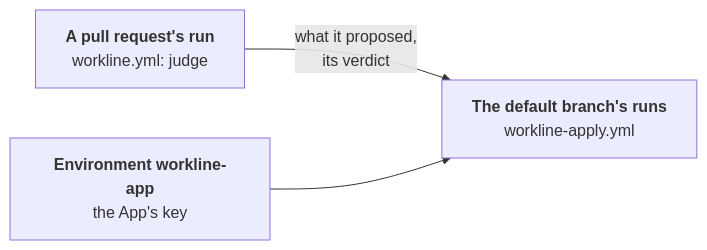
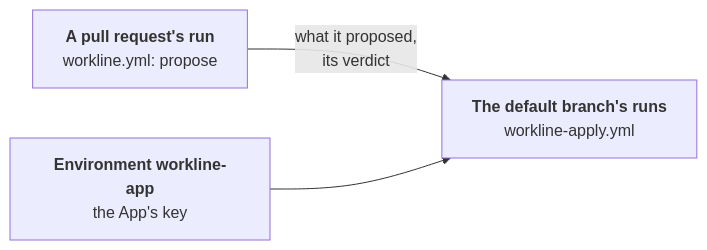
Before and after one commit to JN0V/workline: the diagram in docs/ci-github-app.md, drawn with Mermaid. The commit also changed other lines of this file and 89 other files, not shown here.

First line of the commit message:
ci!: the job that runs the line is propose, paired with apply

````diff
--- a/docs/ci-github-app.md
+++ b/docs/ci-github-app.md
@@ -27,5 +27,5 @@
 ```mermaid
 flowchart LR
-  pr["<b>A pull request's run</b><br/>workline.yml: judge"] -- "what it proposed,<br/>its verdict" --> base["<b>The default branch's runs</b><br/>workline-apply.yml"]
+  pr["<b>A pull request's run</b><br/>workline.yml: propose"] -- "what it proposed,<br/>its verdict" --> base["<b>The default branch's runs</b><br/>workline-apply.yml"]
   env["<b>Environment workline-app</b><br/>the App's key"] --> base
 ```
````
